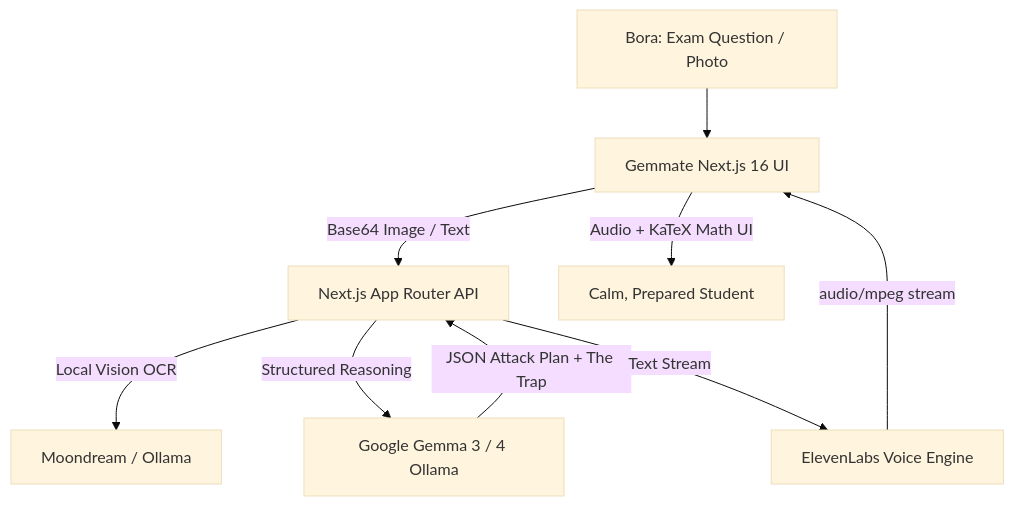
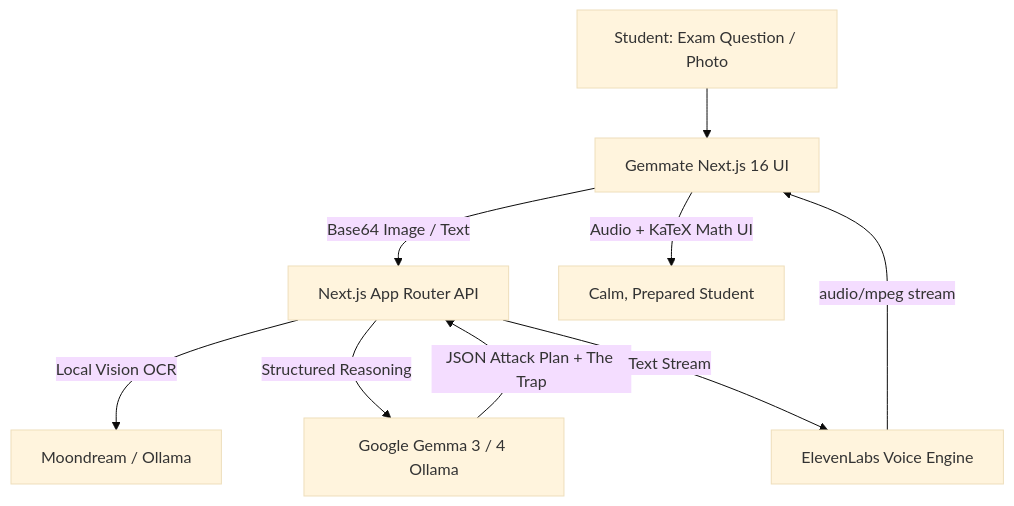
The diagram in README.md (inusha-thathsara/Gemmate), drawn with Mermaid (base theme) before and after one commit. The commit also changed other lines of this file and 6 other files, not shown here.

Commit message:
refactor: remove Bora references and standardize Gemmate branding across project and prompts

````diff
--- a/README.md
+++ b/README.md
@@ -43,11 +43,11 @@
 ```mermaid
 graph TD
-    A[Bora: Exam Question / Photo] --> B[Gemmate Next.js 16 UI]
+    A[Student: Exam Question / Photo] --> B[Gemmate Next.js 16 UI]
     B -->|Base64 Image / Text| C[Next.js App Router API]
     C -->|Local Vision OCR| D[Moondream / Ollama]
     C -->|Structured Reasoning| E[Google Gemma 3 / 4 Ollama]
     E -->|JSON Attack Plan + The Trap| C
     C -->|Text Stream| F[ElevenLabs Voice Engine]
     F -->|audio/mpeg stream| B
     B -->|Audio + KaTeX Math UI| G[Calm, Prepared Student]
 ```
````
